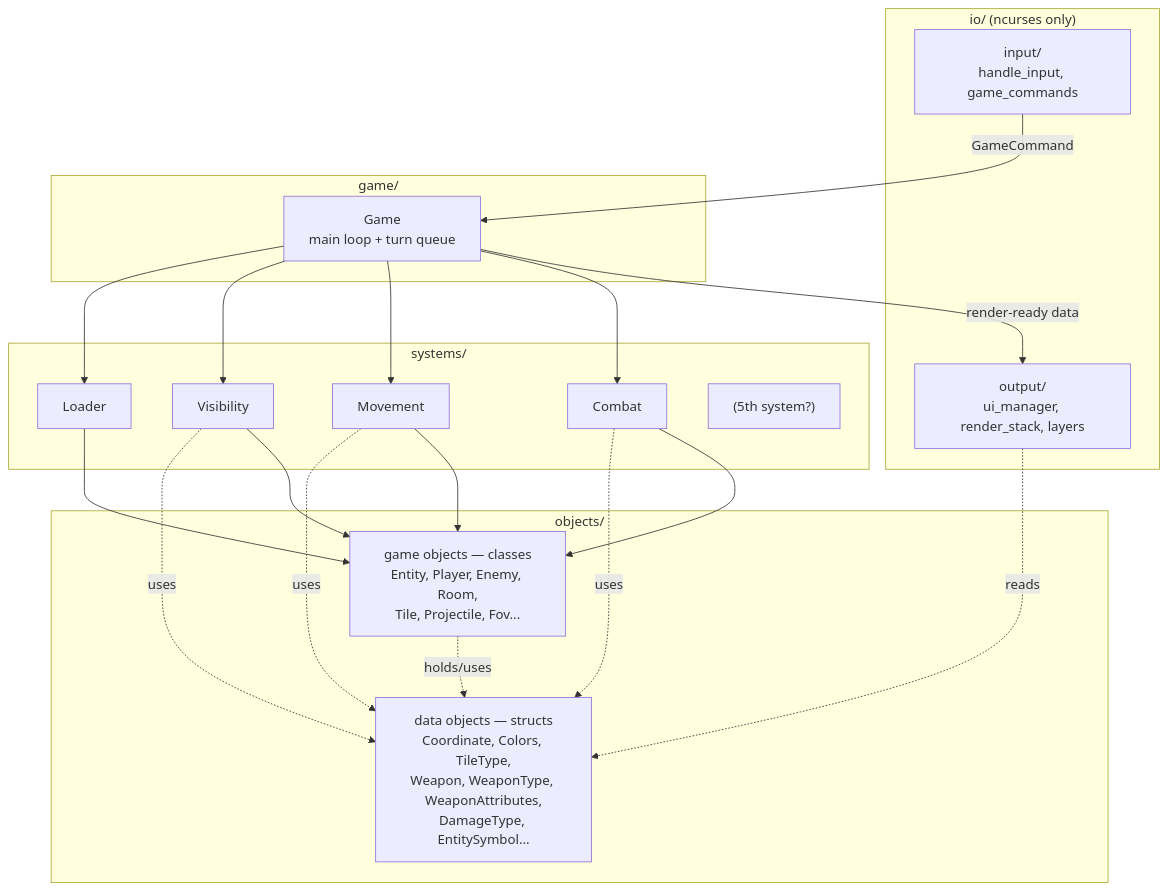
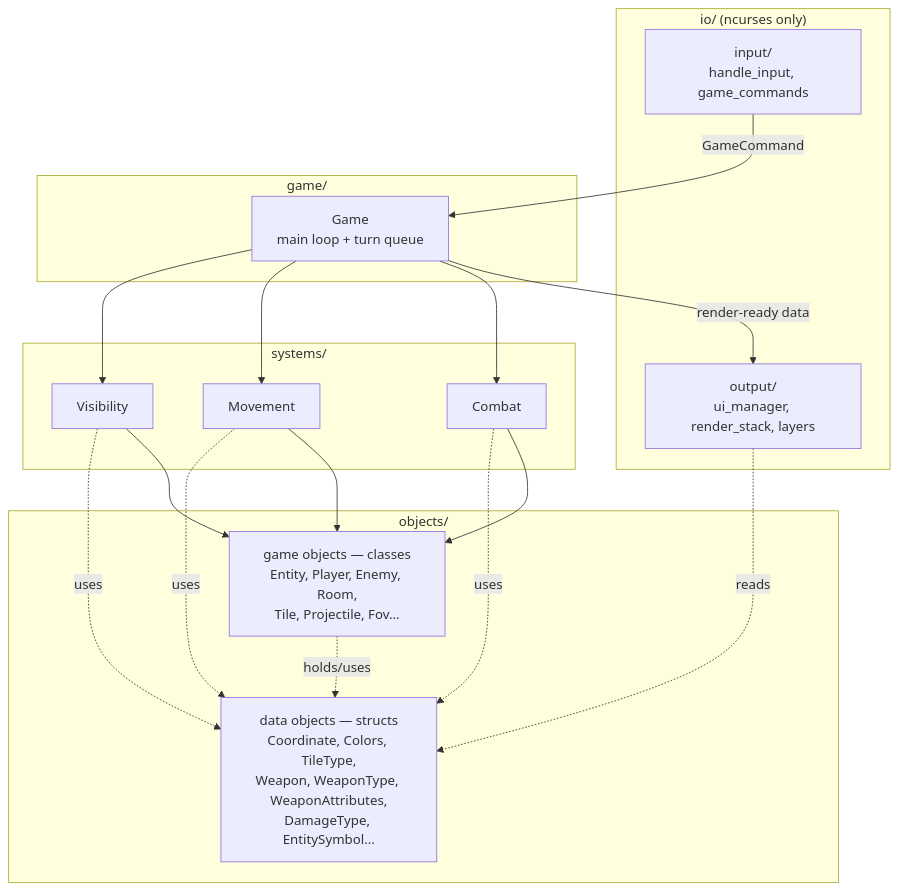
Before and after one commit to C2-Games/roguelike: the first of 2 diagrams in .claude/ARCHITECTURE.md, drawn with Mermaid. The commit also changed other lines of this file and 53 other files, not shown here.

First line of the commit message:
refactor: Finish objects/systems/game/preload architecture migration (#245)

````diff
--- a/.claude/ARCHITECTURE.md
+++ b/.claude/ARCHITECTURE.md
@@ -124,40 +105,36 @@
 ```mermaid
 flowchart TB
     subgraph UI["io/  (ncurses only)"]
         In["input/\nhandle_input, game_commands"]
         Out["output/\nui_manager, render_stack, layers"]
     end
  
     subgraph GAME["game/"]
         G["Game\nmain loop + turn queue"]
     end
  
     subgraph SYS["systems/"]
         Combat
         Movement
         Visibility
-        Loader
-        Fifth["(5th system?)"]
     end
  
     subgraph OBJ["objects/"]
         Classes["game objects — classes\nEntity, Player, Enemy, Room,\nTile, Projectile, Fov..."]
         Data["data objects — structs\nCoordinate, Colors, TileType,\nWeapon, WeaponType, WeaponAttributes,\nDamageType, EntitySymbol..."]
     end
  
     In -->|GameCommand| G
     G -->|render-ready data| Out
     G --> Combat
     G --> Movement
     G --> Visibility
-    G --> Loader
     Combat --> Classes
     Movement --> Classes
     Visibility --> Classes
-    Loader --> Classes
     Classes -.holds/uses.-> Data
     Combat -.uses.-> Data
     Movement -.uses.-> Data
     Visibility -.uses.-> Data
     Out -.reads.-> Data
 ```
````
